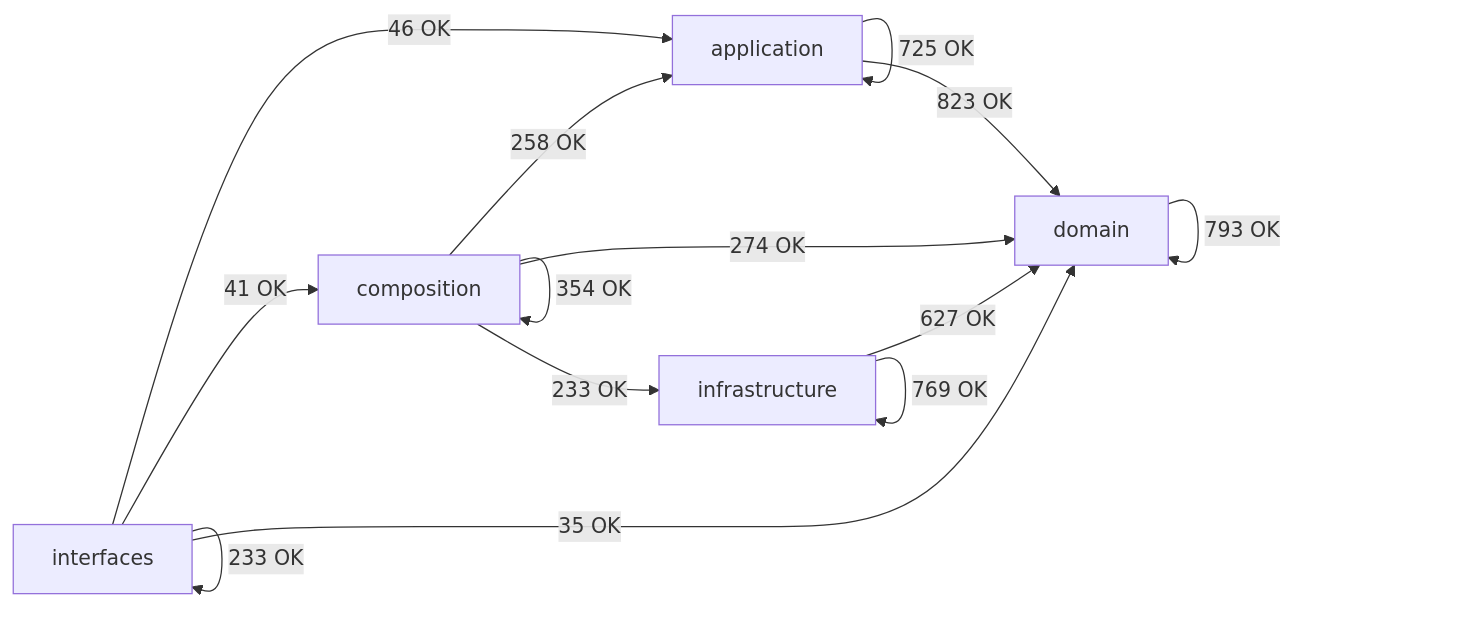
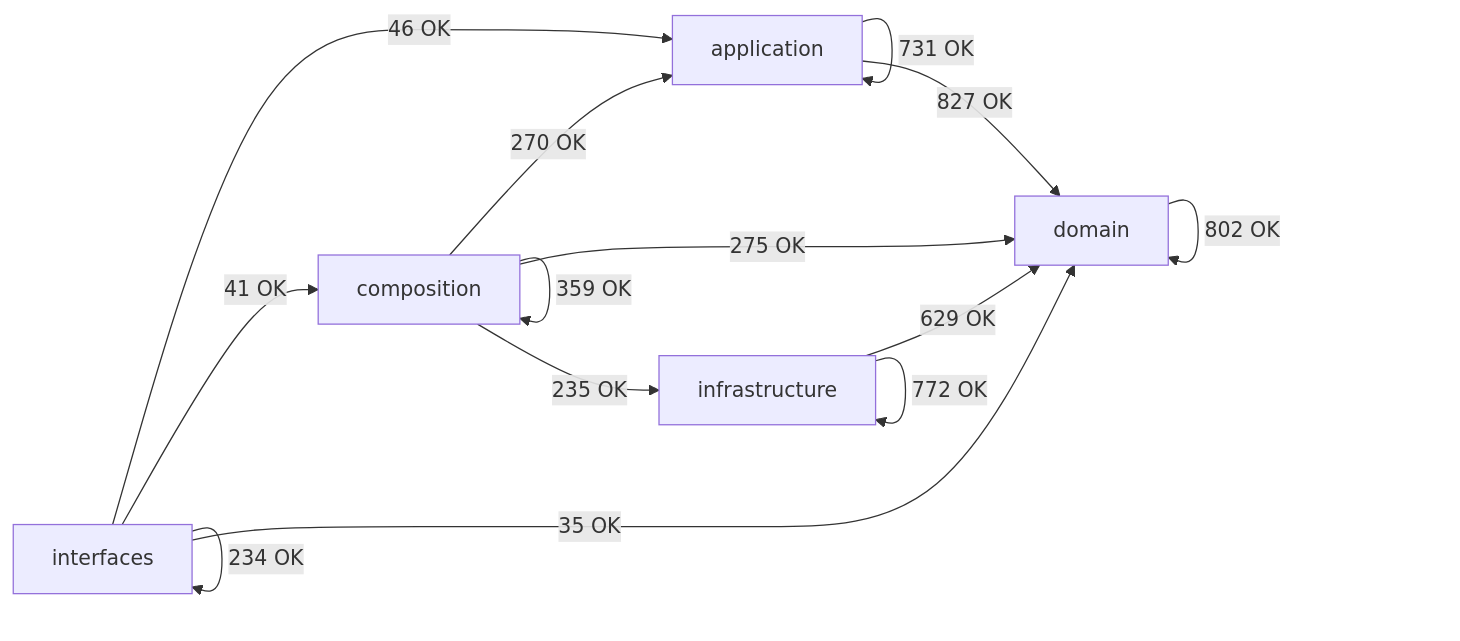
The diagram in docs/02-architecture/generated/module-dependency-map.md (SatoryKono/BioactivityDataAcquisition), drawn with Mermaid before and after one commit. The commit also changed other lines of this file and 88 other files, not shown here.

````diff
--- a/docs/02-architecture/generated/module-dependency-map.md
+++ b/docs/02-architecture/generated/module-dependency-map.md
@@ -17,21 +17,21 @@
 ```mermaid
 flowchart LR
     domain[domain]
     application[application]
     infrastructure[infrastructure]
     composition[composition]
     interfaces[interfaces]
-    application -->|725 OK| application
-    application -->|823 OK| domain
-    composition -->|258 OK| application
-    composition -->|354 OK| composition
-    composition -->|274 OK| domain
-    composition -->|233 OK| infrastructure
-    domain -->|793 OK| domain
-    infrastructure -->|627 OK| domain
-    infrastructure -->|769 OK| infrastructure
+    application -->|731 OK| application
+    application -->|827 OK| domain
+    composition -->|270 OK| application
+    composition -->|359 OK| composition
+    composition -->|275 OK| domain
+    composition -->|235 OK| infrastructure
+    domain -->|802 OK| domain
+    infrastructure -->|629 OK| domain
+    infrastructure -->|772 OK| infrastructure
     interfaces -->|46 OK| application
     interfaces -->|41 OK| composition
     interfaces -->|35 OK| domain
-    interfaces -->|233 OK| interfaces
+    interfaces -->|234 OK| interfaces
 ```
````
